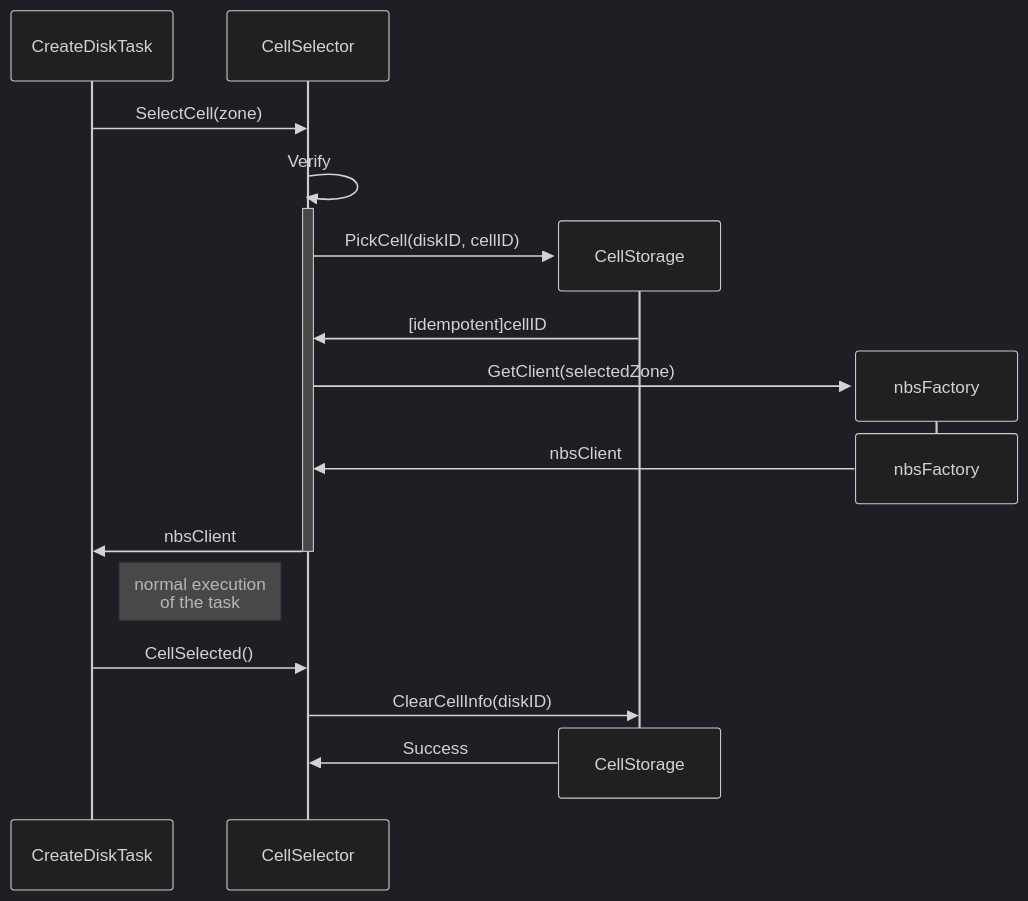
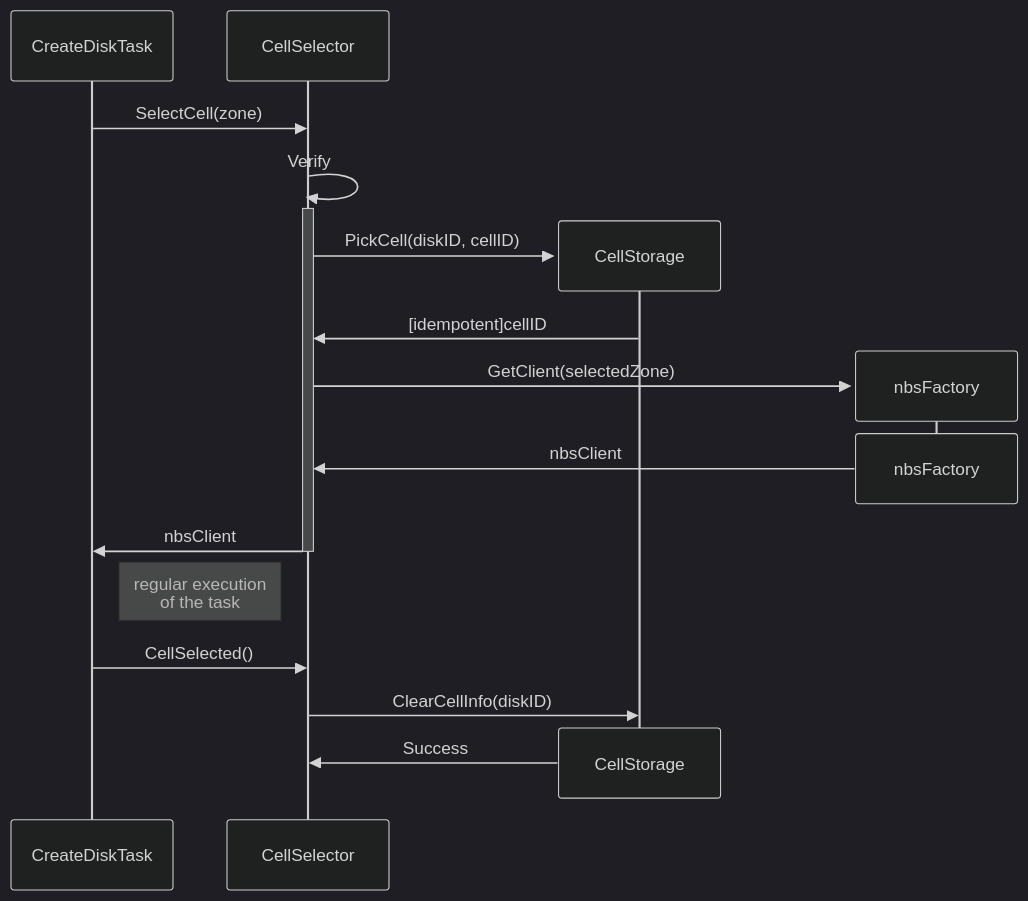
Before and after one commit to ydb-platform/nbs: the first of 3 diagrams in doc/disk_manager/cells/design_doc.md, drawn with Mermaid (dark theme). The commit also changed other lines of this file, not shown here.

````diff
--- a/doc/disk_manager/cells/design_doc.md
+++ b/doc/disk_manager/cells/design_doc.md
@@ -39,27 +39,27 @@
 ```mermaid
 sequenceDiagram
     participant CreateDiskTask
     participant CellSelector
 
     CreateDiskTask->>CellSelector:SelectCell(zone)
     CellSelector->>+CellSelector:Verify
 
     create participant CellStorage
     CellSelector->>CellStorage:PickCell(diskID, cellID)
 
     CellStorage->>CellSelector:[idempotent]cellID
 
     create participant F as nbsFactory
     CellSelector->>F:GetClient(selectedZone)
     destroy F
     F->>CellSelector:nbsClient
 
     CellSelector->>-CreateDiskTask:nbsClient
 
-    Note right of CreateDiskTask: normal execution <br> of the task
+    Note right of CreateDiskTask: regular execution <br> of the task
 
     CreateDiskTask->>CellSelector:CellSelected()
     CellSelector->>CellStorage:ClearCellInfo(diskID)
     destroy CellStorage
     CellStorage->>CellSelector:Success
 ```
````
